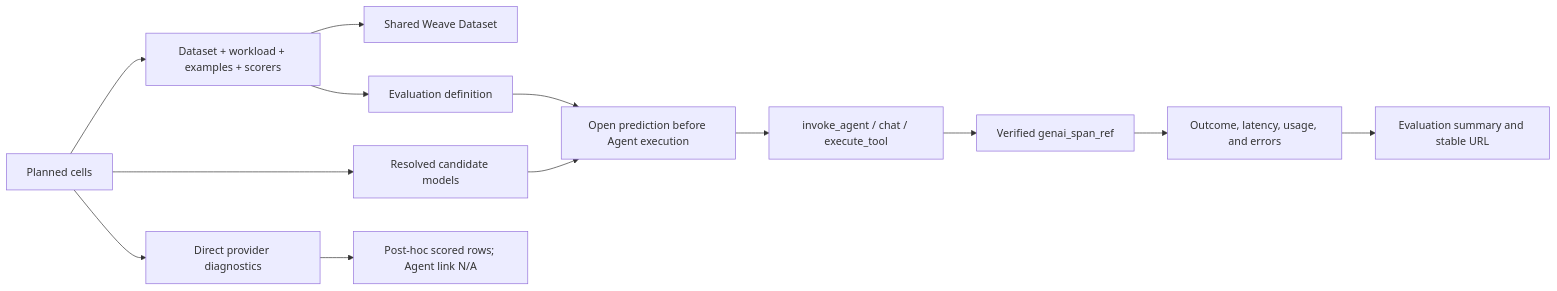
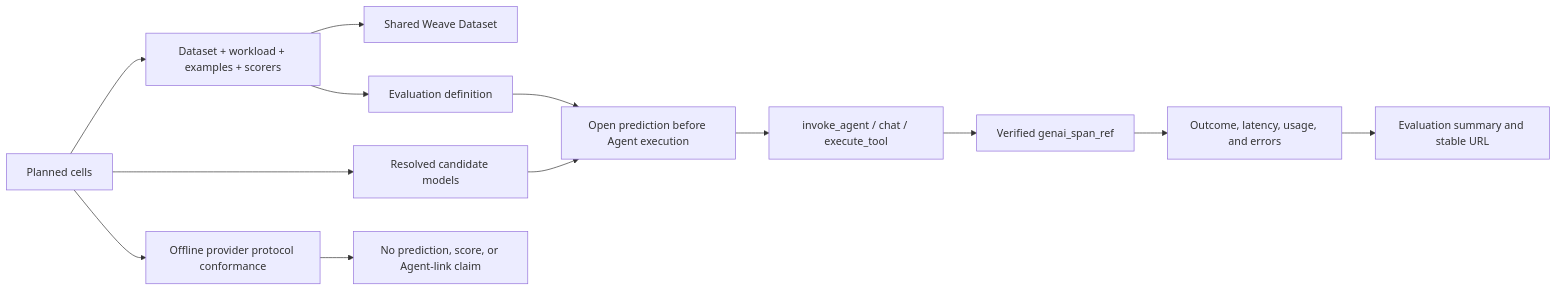
One commit to ash0ts/fugue changed the seventh of 13 diagrams in README.md. Above: the diagram before and after it, drawn with Mermaid. The commit also changed other lines of this file and 17 other files, not shown here.

````diff
--- a/README.md
+++ b/README.md
@@ -502,15 +504,15 @@
 ```mermaid
 flowchart LR
     PLAN["Planned cells"] --> SCOPE["Dataset + workload + examples + scorers"]
     SCOPE --> DATASET["Shared Weave Dataset"]
     SCOPE --> EVAL["Evaluation definition"]
     PLAN --> CANDIDATES["Resolved candidate models"]
     CANDIDATES --> PREDICT["Open prediction before Agent execution"]
     EVAL --> PREDICT
     PREDICT --> AGENT["invoke_agent / chat / execute_tool"]
     AGENT --> LINK["Verified genai_span_ref"]
     LINK --> SCORES["Outcome, latency, usage, and errors"]
     SCORES --> SUMMARY["Evaluation summary and stable URL"]
-    PLAN --> DIRECT["Direct provider diagnostics"]
-    DIRECT --> POSTHOC["Post-hoc scored rows; Agent link N/A"]
+    PLAN --> OFFLINE["Offline provider protocol conformance"]
+    OFFLINE --> NOCELL["No prediction, score, or Agent-link claim"]
 ```
````
